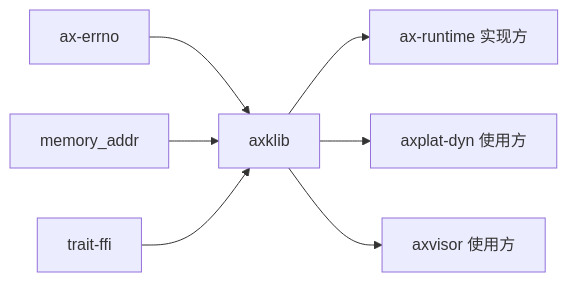
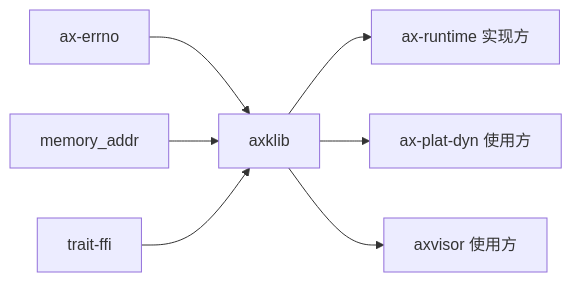
The second of 2 diagrams in docs/docs/components/crates/axklib.md (rcore-os/tgoskits), drawn with Mermaid before and after one commit. The commit also changed other lines of this file and 349 other files, not shown here.

First line of the commit message:
Implement platform-specific interrupt handling and setup for various architectures

````diff
--- a/docs/docs/components/crates/axklib.md
+++ b/docs/docs/components/crates/axklib.md
@@ -82,10 +82,10 @@
 ```mermaid
 graph LR
     ax_errno["ax-errno"] --> axklib["axklib"]
     memory_addr["memory_addr"] --> axklib
     trait_ffi["trait-ffi"] --> axklib
 
     axklib --> ax-runtime["ax-runtime 实现方"]
-    axklib --> axplat_dyn["axplat-dyn 使用方"]
+    axklib --> ax_plat_dyn["ax-plat-dyn 使用方"]
     axklib --> axvisor["axvisor 使用方"]
 ```
````
